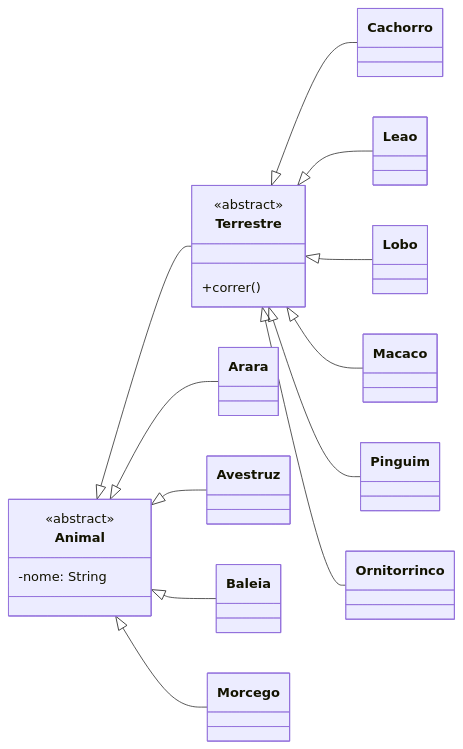
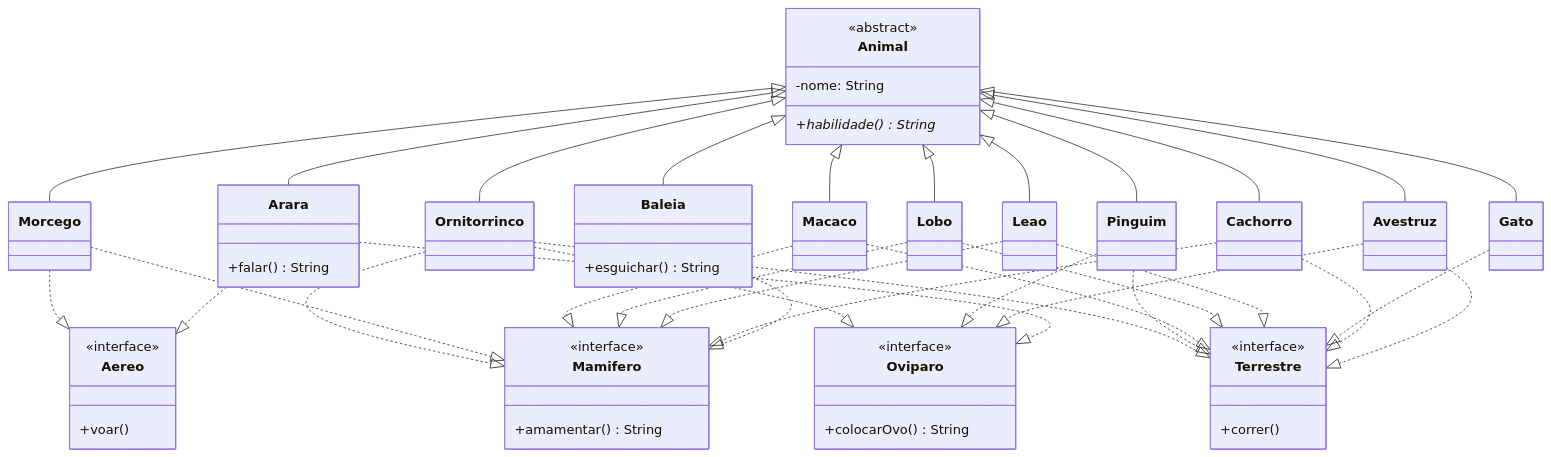
Before and after one commit to bombazaro/heranca2: the diagram in exercicio-03/README.md, drawn with Mermaid. The commit also changed 14 other files, not shown here.

````diff
--- a/exercicio-03/README.md
+++ b/exercicio-03/README.md
@@ -1,32 +1,69 @@
 ```mermaid
 classDiagram
-    direction LR
     
-    Animal <|-- Terrestre
-    Animal <|-- Arara
+    Animal <|-- Arara 
     Animal <|-- Avestruz
     Animal <|-- Baleia
+    Animal <|-- Cachorro
+    Animal <|-- Gato
+    Animal <|--  Leao
+    Animal <|-- Lobo
+    Animal <|-- Macaco
     Animal <|-- Morcego
-    Terrestre <|-- Cachorro
-    Terrestre <|-- Leao
-    Terrestre <|-- Lobo
-    Terrestre <|-- Macaco
-    Terrestre <|-- Pinguim
-    Terrestre <|-- Ornitorrinco
+    Animal <|-- Pinguim
+    Animal <|-- Ornitorrinco
+    Baleia ..|> Mamifero
+    Cachorro ..|> Mamifero
+    Leao ..|> Mamifero
+    Lobo ..|> Mamifero
+    Macaco ..|> Mamifero
+    Morcego ..|> Mamifero
+    Ornitorrinco ..|> Mamifero
+    Avestruz ..|> Terrestre
+    Cachorro ..|> Terrestre
+    Gato ..|> Terrestre
+    Leao ..|> Terrestre
+    Lobo ..|> Terrestre
+    Macaco ..|> Terrestre
+    Pinguim ..|> Terrestre
+    Ornitorrinco ..|> Terrestre
+    Arara ..|> Aereo
+    Morcego ..|> Aereo
+    Arara ..|> Oviparo
+    Avestruz ..|> Oviparo
+    Pinguim ..|> Oviparo
+    Ornitorrinco ..|> Oviparo
     
+
     
     class Animal {
         <<abstract>>
         -nome: String
+        +habilidade() String*
     }
     
+    class Mamifero {
+        <<interface>>
+        +amamentar() String
+ }
+    
     class Terrestre {
-        <<abstract>>
+        <<interface>>
         +correr() 
     }
     
+    class Aereo {
+        <<interface>>
+        +voar()
+    }
+    
+    class Oviparo {
+        <<interface>>
+        +colocarOvo() String
+    }
+    
     class Arara {
-        
+        +falar() String
     }
 
     class Avestruz {
@@ -34,15 +71,19 @@
     }
 
     class Baleia {
-
+        +esguichar() String
     }
 
     class Cachorro {
-
+        
+    }
+    
+    class Gato {
+        
     }
 
     class Leao {
-
+    
     }
 
     class Lobo {
````
